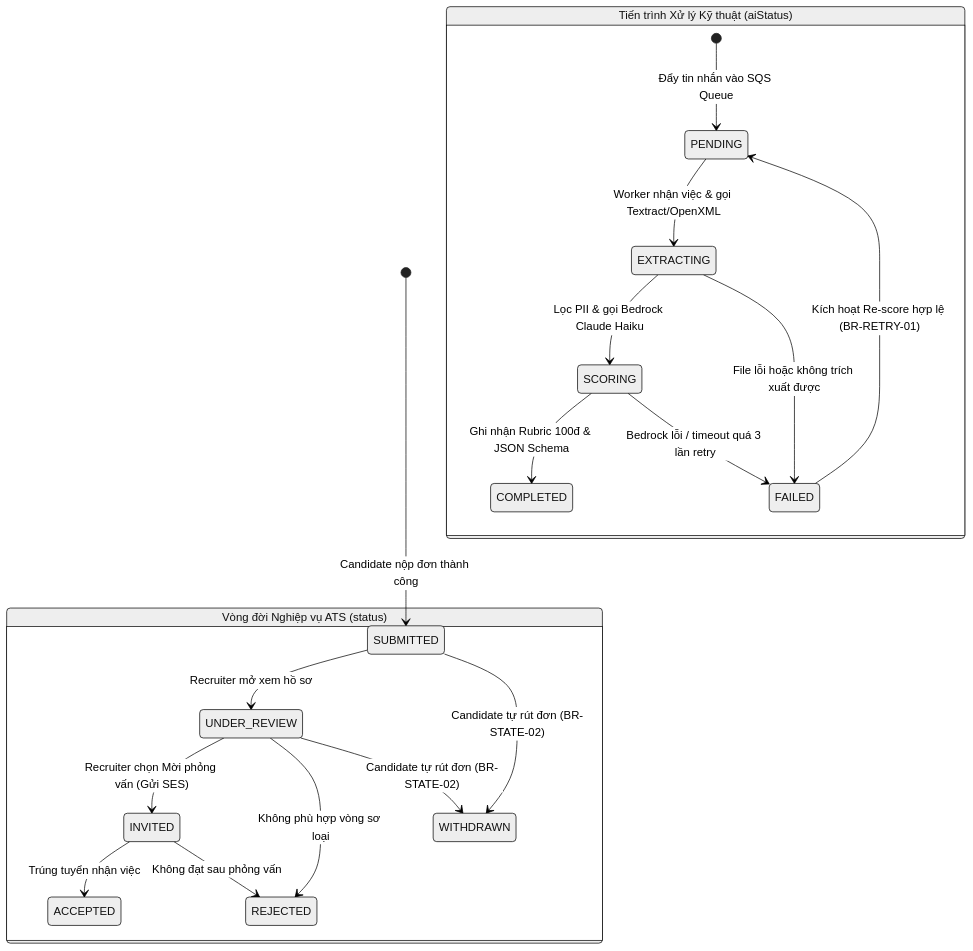
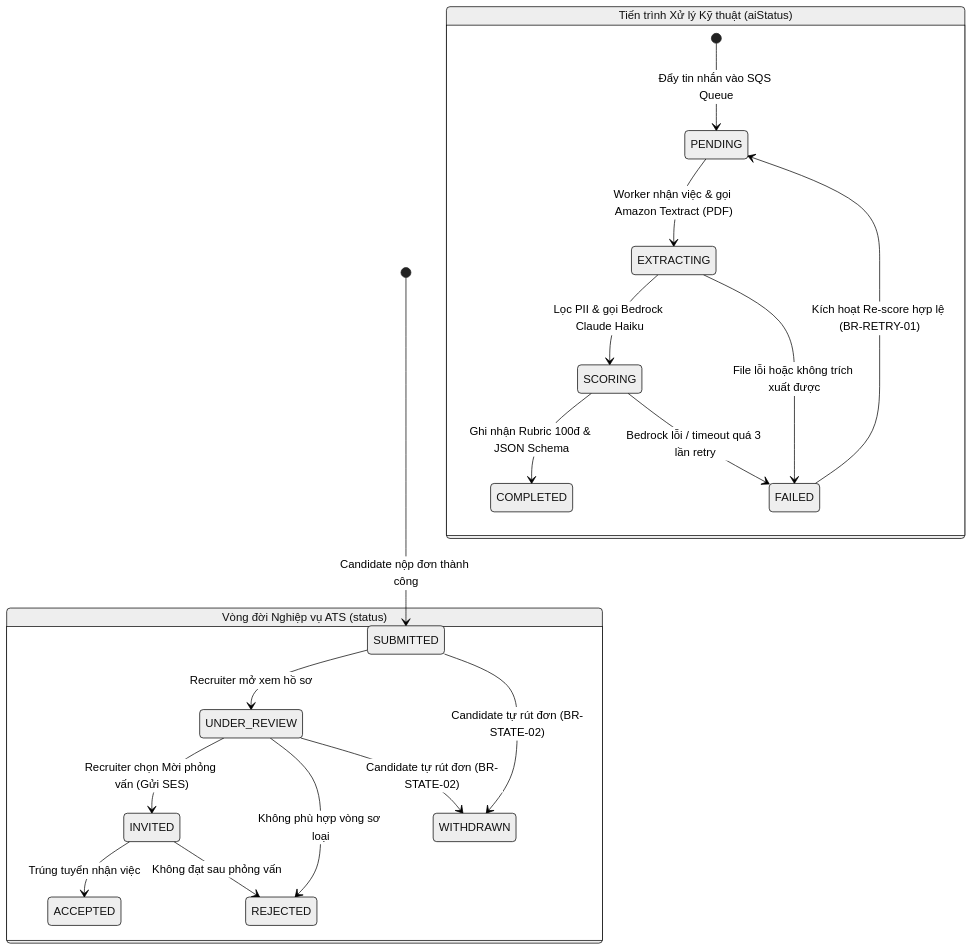
Before and after one commit to NguyenThanhTin235/aws-ai-cv-screening: the second of 3 diagrams in docs/software/03-database-design.md, drawn with Mermaid (neutral theme). The commit also changed other lines of this file and 34 other files, not shown here.

Commit message:
docs(day-29): add Bedrock prompt specification, standardize PDF-only architecture and update proposal

````diff
--- a/docs/software/03-database-design.md
+++ b/docs/software/03-database-design.md
@@ -101,26 +103,26 @@
 ```mermaid
 stateDiagram-v2
     [*] --> SUBMITTED : Candidate nộp đơn thành công
     
     state "Vòng đời Nghiệp vụ ATS (status)" as BusinessLifecycle {
         SUBMITTED --> UNDER_REVIEW : Recruiter mở xem hồ sơ
         UNDER_REVIEW --> INVITED : Recruiter chọn Mời phỏng vấn (Gửi SES)
         UNDER_REVIEW --> REJECTED : Không phù hợp vòng sơ loại
         INVITED --> ACCEPTED : Trúng tuyển nhận việc
         INVITED --> REJECTED : Không đạt sau phỏng vấn
         
         SUBMITTED --> WITHDRAWN : Candidate tự rút đơn (BR-STATE-02)
         UNDER_REVIEW --> WITHDRAWN : Candidate tự rút đơn (BR-STATE-02)
     }
 
     state "Tiến trình Xử lý Kỹ thuật (aiStatus)" as AIPipelineLifecycle {
         [*] --> PENDING : Đẩy tin nhắn vào SQS Queue
-        PENDING --> EXTRACTING : Worker nhận việc & gọi Textract/OpenXML
+        PENDING --> EXTRACTING : Worker nhận việc & gọi Amazon Textract (PDF)
         EXTRACTING --> SCORING : Lọc PII & gọi Bedrock Claude Haiku
         SCORING --> COMPLETED : Ghi nhận Rubric 100đ & JSON Schema
         
         EXTRACTING --> FAILED : File lỗi hoặc không trích xuất được
         SCORING --> FAILED : Bedrock lỗi / timeout quá 3 lần retry
         FAILED --> PENDING : Kích hoạt Re-score hợp lệ (BR-RETRY-01)
     }
 ```
````
